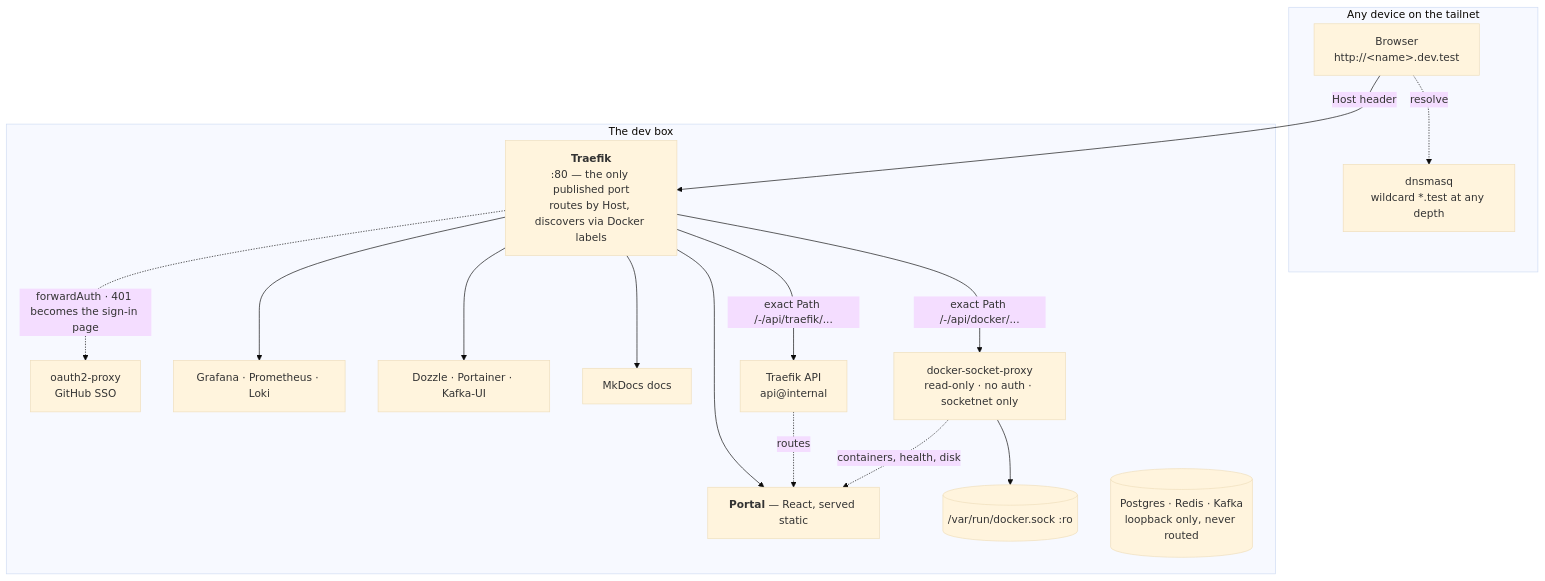
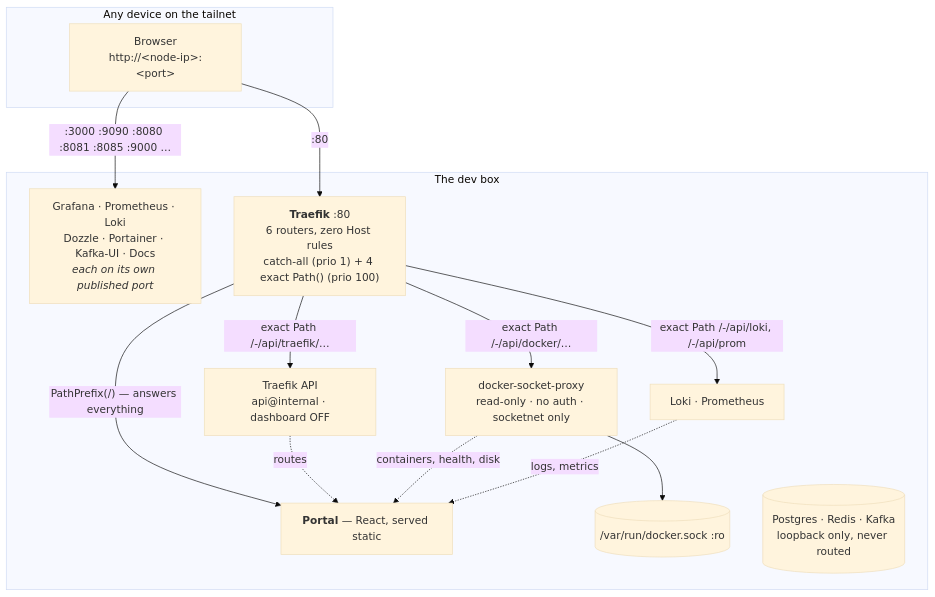
The diagram in README.md (YehudaBriskman/Bothy), drawn with Mermaid (base theme) before and after one commit. The commit also changed other lines of this file and 11 other files, not shown here.

````diff
--- a/README.md
+++ b/README.md
@@ -211,31 +211,27 @@
 ```mermaid
 flowchart TB
   subgraph client["Any device on the tailnet"]
-    B["Browser<br/>http://&lt;name&gt;.dev.test"]
-    DNS["dnsmasq<br/>wildcard *.test at any depth"]
+    B["Browser<br/>http://&lt;node-ip&gt;:&lt;port&gt;"]
   end
 
-  B -.->|"resolve"| DNS
-  B -->|"Host header"| T
+  B -->|":3000 :9090 :8080 :8081 :8085 :9000 …"| SVC
+  B -->|":80"| T
 
   subgraph box["The dev box"]
-    T["<b>Traefik</b><br/>:80 — the only published port<br/>routes by Host, discovers via Docker labels"]
-    O["oauth2-proxy<br/>GitHub SSO"]
+    SVC["Grafana · Prometheus · Loki<br/>Dozzle · Portainer · Kafka-UI · Docs<br/><i>each on its own published port</i>"]
 
-    T -.->|"forwardAuth · 401 becomes the sign-in page"| O
+    T["<b>Traefik</b> :80<br/>6 routers, zero Host rules<br/>catch-all (prio 1) + 4 exact Path() (prio 100)"]
 
-    T --> OBS["Grafana · Prometheus · Loki"]
-    T --> MG["Dozzle · Portainer · Kafka-UI"]
-    T --> DOC["MkDocs docs"]
-    T --> PORTAL["<b>Portal</b> — React, served static"]
-
-    T -->|"exact Path /-/api/traefik/..."| TAPI["Traefik API<br/>api@internal"]
-    T -->|"exact Path /-/api/docker/..."| SP["docker-socket-proxy<br/>read-only · no auth · socketnet only"]
+    T -->|"PathPrefix(/) — answers everything"| PORTAL["<b>Portal</b> — React, served static"]
+    T -->|"exact Path /-/api/traefik/…"| TAPI["Traefik API<br/>api@internal · dashboard OFF"]
+    T -->|"exact Path /-/api/docker/…"| SP["docker-socket-proxy<br/>read-only · no auth · socketnet only"]
+    T -->|"exact Path /-/api/loki, /-/api/prom"| OBS2["Loki · Prometheus"]
     SP --> SOCK[("/var/run/docker.sock :ro")]
 
     DATA[("Postgres · Redis · Kafka<br/>loopback only, never routed")]
   end
 
   TAPI -.->|"routes"| PORTAL
   SP -.->|"containers, health, disk"| PORTAL
+  OBS2 -.->|"logs, metrics"| PORTAL
 ```
````
